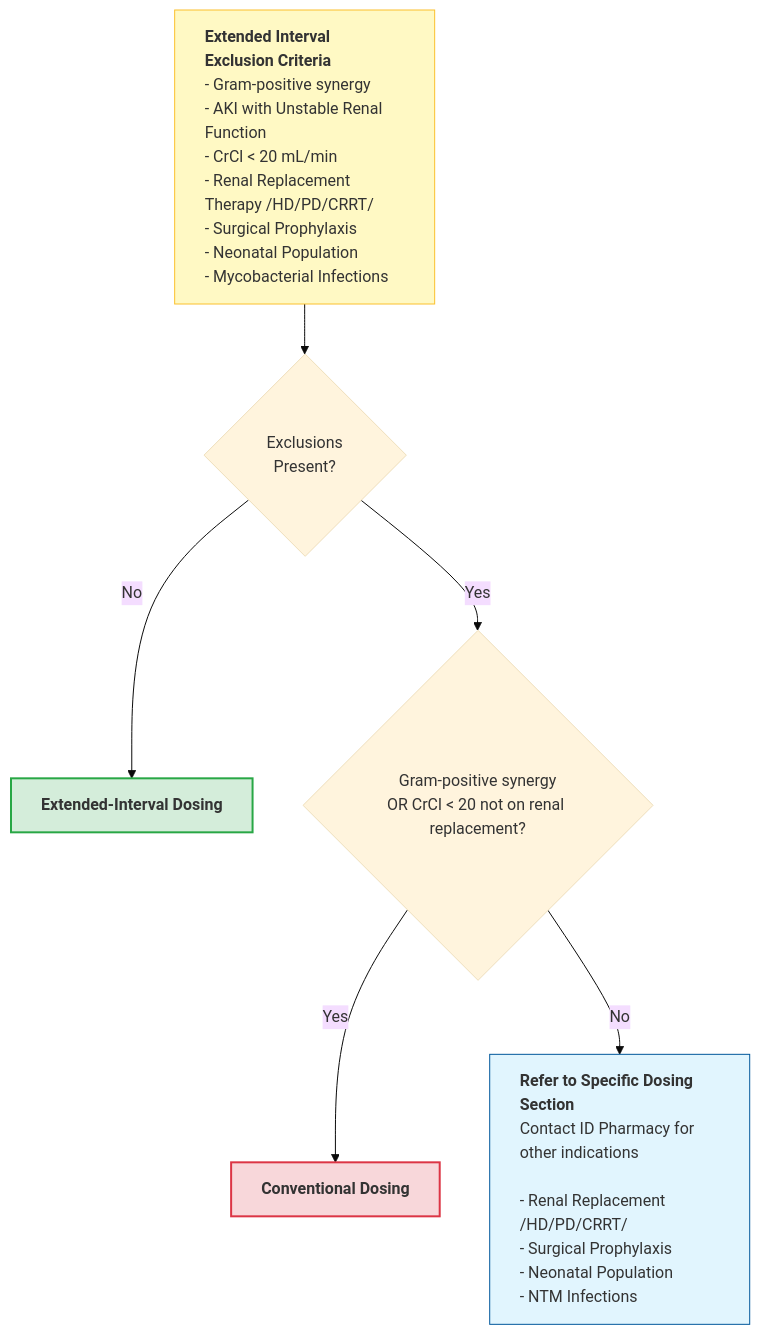
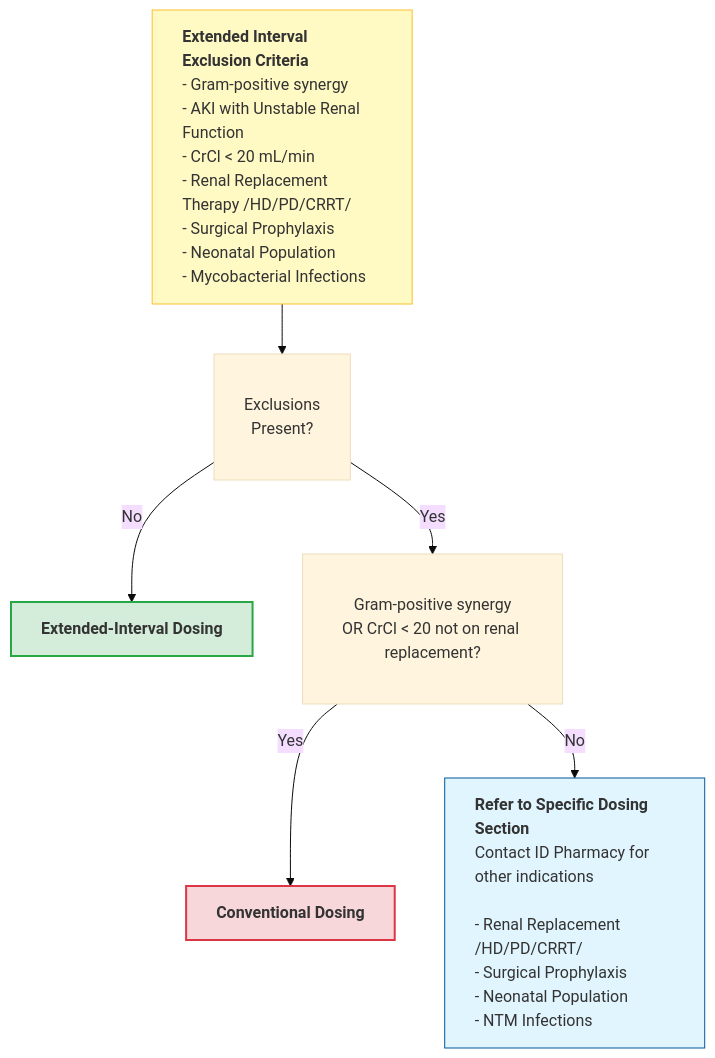
One commit to shemtsai/Aminoglycoside-Calculator changed the diagram in dosing-strategy.md. Above: the diagram before and after it, drawn with Mermaid (base theme).

Commit message:
Fix flowchart formatting in dosing-strategy.md

````diff
--- a/dosing-strategy.md
+++ b/dosing-strategy.md
@@ -39,33 +39,33 @@
 ```mermaid
 flowchart TD
     %% Step 1: Initial Checklist
     Start["<b>Extended Interval Exclusion Criteria</b><br/>- Gram-positive synergy<br/>- AKI with Unstable Renal Function<br/>- CrCl < 20 mL/min<br/>- Renal Replacement Therapy /HD/PD/CRRT/<br/>- Surgical Prophylaxis<br/>- Neonatal Population<br/>- Mycobacterial Infections"] 
     
-    Start --> B{Exclusions<br/>Present?}
+    Start --> B[Exclusions<br/>Present?]
     
     %% Path to EI
     B -- No --> EI["<b>Extended-Interval Dosing</b>"]
 
     %% Path to second decision
-    B -- Yes --> C{"Gram-positive synergy<br/>OR CrCl < 20 not on renal replacement?"}
+    B -- Yes --> C["Gram-positive synergy<br/>OR CrCl < 20 not on renal replacement?"]
     
     %% Final Outcomes
     C -- Yes --> Conv["<b>Conventional Dosing</b>"]
     
     C -- No --> D["<b>Refer to Specific Dosing Section</b><br/>Contact ID Pharmacy for other indications<br/><br/>- Renal Replacement /HD/PD/CRRT/<br/>- Surgical Prophylaxis<br/>- Neonatal Population<br/>- NTM Infections"]
 
     %% STYLING SECTION
     classDef wideBox min-width:400px,text-align:left;
     classDef outcomeBox min-width:300px,text-align:center;
     classDef diamond padding:20px;
 
     class Start,D wideBox;
     class EI,Conv outcomeBox;
     class B,C diamond;
 
     %% Individual Colors
     style Start fill:#fff9c4,stroke:#fbc02d
     style EI fill:#d4edda,stroke:#28a745,stroke-width:2px
     style Conv fill:#f8d7da,stroke:#dc3545,stroke-width:2px
     style D fill:#e1f5fe,stroke:#01579b
 ```
````
